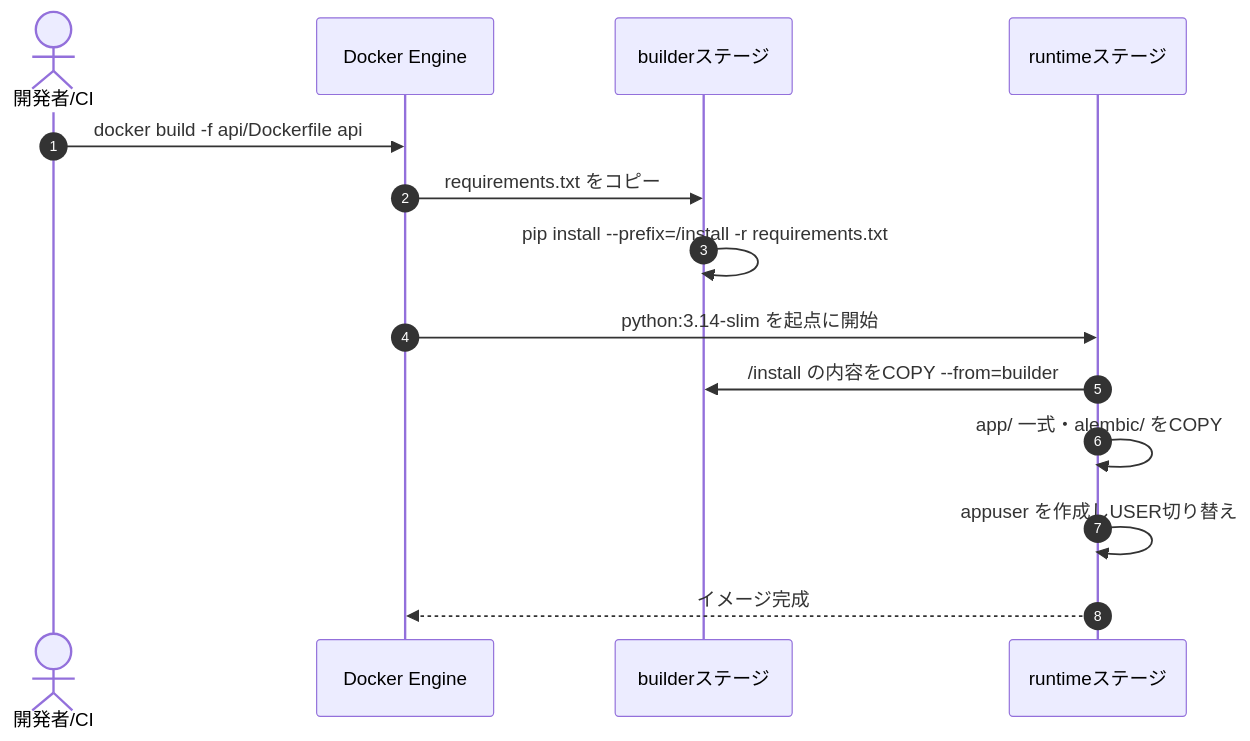
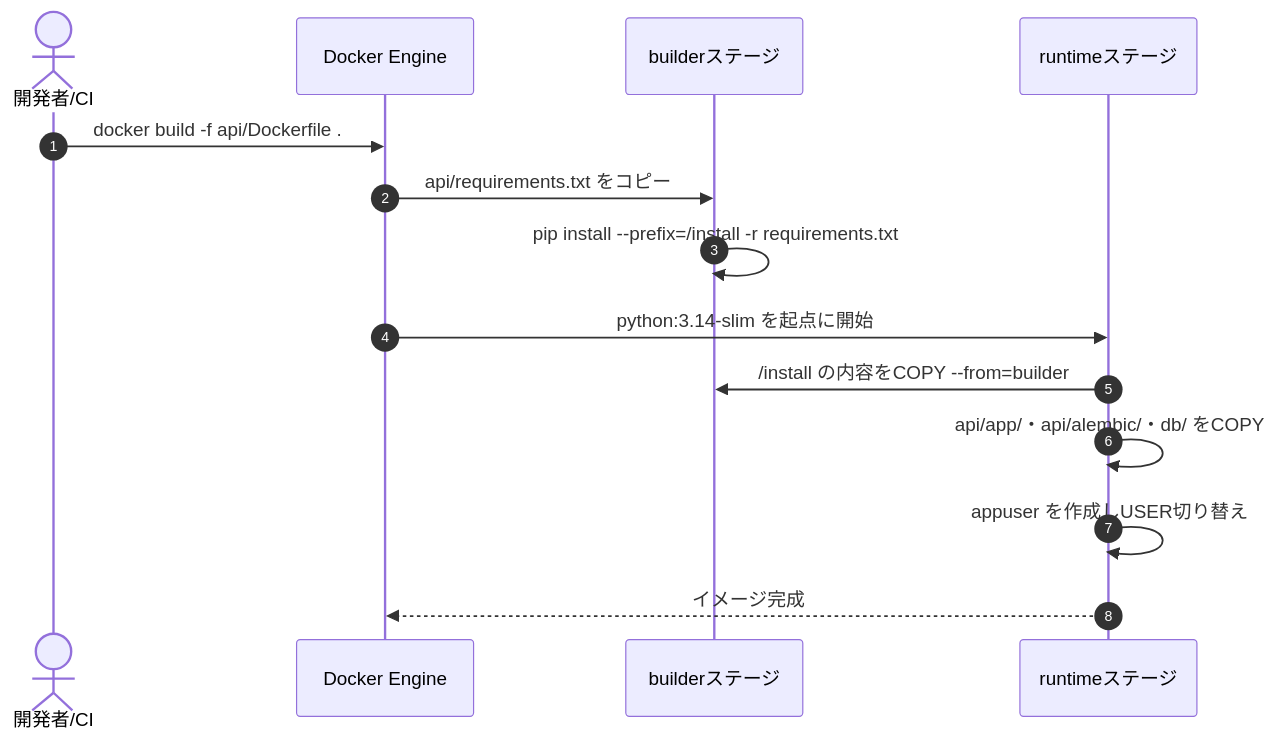
Before and after one commit to oikawa-d/task_management: the first of 5 diagrams in detailed_design/infra/02_dockerfile_api.md, drawn with Mermaid. The commit also changed other lines of this file and 14 other files, not shown here.

````diff
--- a/detailed_design/infra/02_dockerfile_api.md
+++ b/detailed_design/infra/02_dockerfile_api.md
@@ -52,17 +52,17 @@
 ```mermaid
 sequenceDiagram
     autonumber
     actor DEV as 開発者/CI
     participant DOCKER as Docker Engine
     participant BLD as builderステージ
     participant RT as runtimeステージ
 
-    DEV->>DOCKER: docker build -f api/Dockerfile api
-    DOCKER->>BLD: requirements.txt をコピー
+    DEV->>DOCKER: docker build -f api/Dockerfile .
+    DOCKER->>BLD: api/requirements.txt をコピー
     BLD->>BLD: pip install --prefix=/install -r requirements.txt
     DOCKER->>RT: python:3.14-slim を起点に開始
     RT->>BLD: /install の内容をCOPY --from=builder
-    RT->>RT: app/ 一式・alembic/ をCOPY
+    RT->>RT: api/app/・api/alembic/・db/ をCOPY
     RT->>RT: appuser を作成しUSER切り替え
     RT-->>DOCKER: イメージ完成
 ```
````
